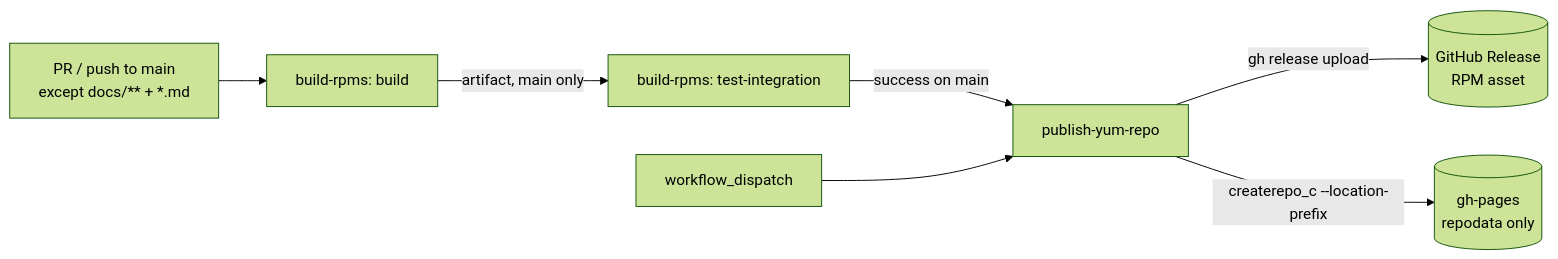
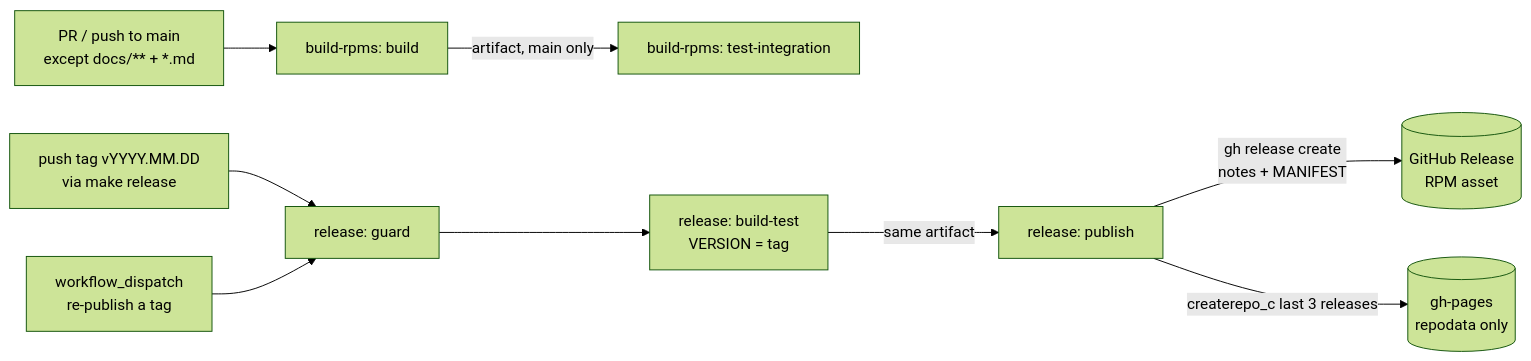
One commit to duynhlab/packages changed the second of 2 diagrams in docs/build.md. Above: the diagram before and after it, drawn with Mermaid (forest theme). The commit also changed other lines of this file and 9 other files, not shown here.

````diff
--- a/docs/build.md
+++ b/docs/build.md
@@ -131,9 +131,11 @@
 ```mermaid
 flowchart LR
   PR[PR / push to main<br/>except docs/** + *.md] --> B[build-rpms: build]
   B -->|artifact, main only| S[build-rpms: test-integration]
-  S -->|success on main| P[publish-yum-repo]
-  P -->|gh release upload| REL[(GitHub Release<br/>RPM asset)]
-  P -->|createrepo_c --location-prefix| GH[(gh-pages<br/>repodata only)]
-  MAN2[workflow_dispatch] --> P
+  TAG[push tag vYYYY.MM.DD<br/>via make release] --> G[release: guard]
+  G --> BT[release: build-test<br/>VERSION = tag]
+  BT -->|same artifact| PUB[release: publish]
+  PUB -->|gh release create<br/>notes + MANIFEST| REL[(GitHub Release<br/>RPM asset)]
+  PUB -->|createrepo_c last 3 releases| GH[(gh-pages<br/>repodata only)]
+  MAN[workflow_dispatch<br/>re-publish a tag] --> G
 ```
````
